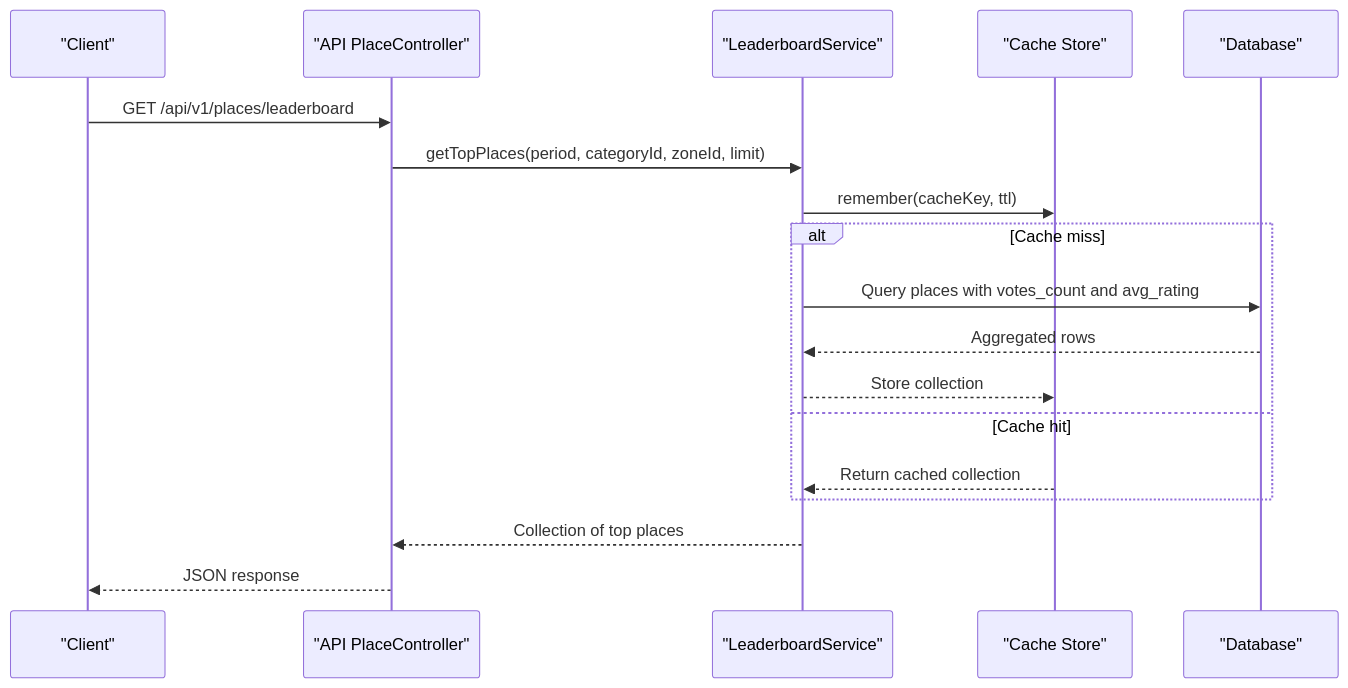
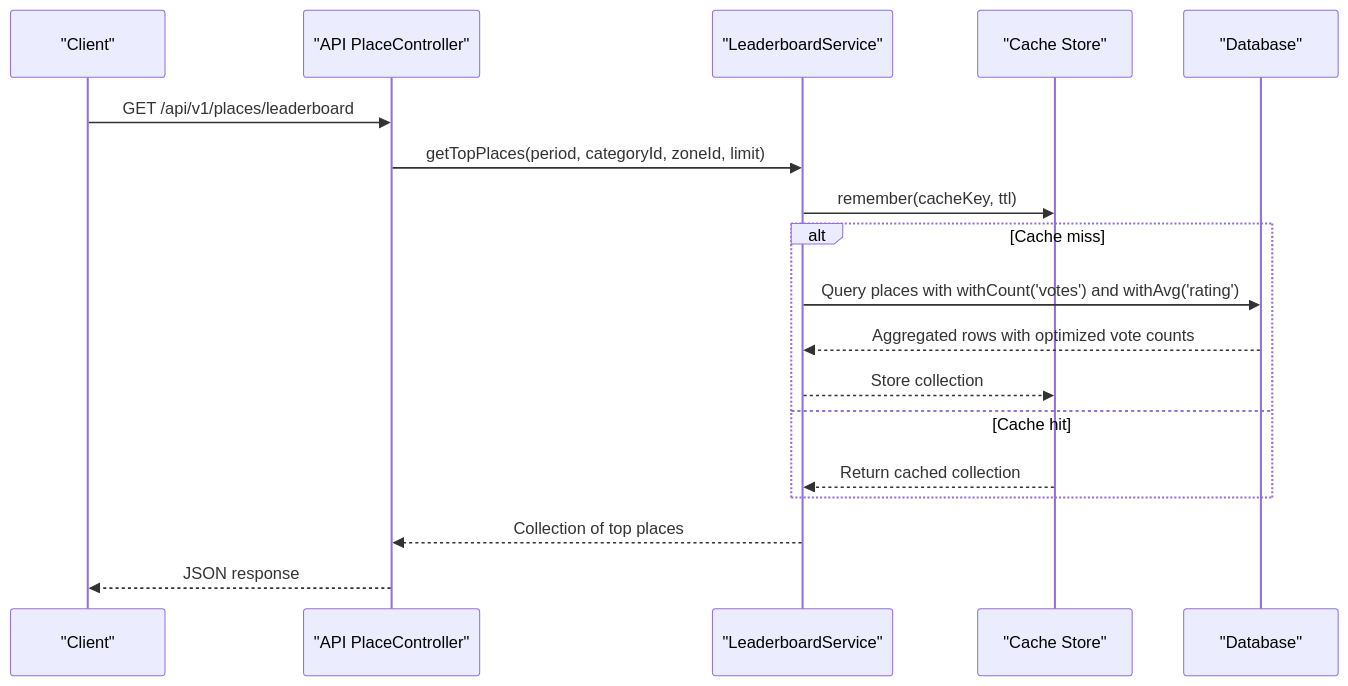
The second of 7 diagrams in .qoder/repowiki/en/content/Business Modules/PlacesToVisit Module/Leaderboard and Ranking System.md (Hamdies/waddy_back), drawn with Mermaid before and after one commit. The commit also changed other lines of this file and 4 other files, not shown here.

````diff
--- a/.qoder/repowiki/en/content/Business Modules/PlacesToVisit Module/Leaderboard and Ranking System.md
+++ b/.qoder/repowiki/en/content/Business Modules/PlacesToVisit Module/Leaderboard and Ranking System.md
@@ -130,20 +145,20 @@
 ```mermaid
 sequenceDiagram
 participant Client as "Client"
 participant PC as "API PlaceController"
 participant LS as "LeaderboardService"
 participant Cache as "Cache Store"
 participant DB as "Database"
 Client->>PC : GET /api/v1/places/leaderboard
 PC->>LS : getTopPlaces(period, categoryId, zoneId, limit)
 LS->>Cache : remember(cacheKey, ttl)
 alt Cache miss
-LS->>DB : Query places with votes_count and avg_rating
-DB-->>LS : Aggregated rows
+LS->>DB : Query places with withCount('votes') and withAvg('rating')
+DB-->>LS : Aggregated rows with optimized vote counts
 LS-->>Cache : Store collection
 else Cache hit
 Cache-->>LS : Return cached collection
 end
 LS-->>PC : Collection of top places
 PC-->>Client : JSON response
 ```
````
